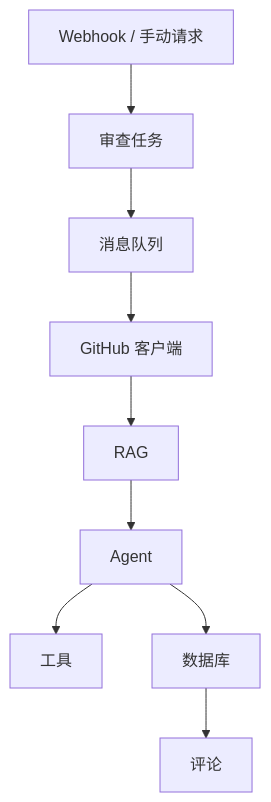
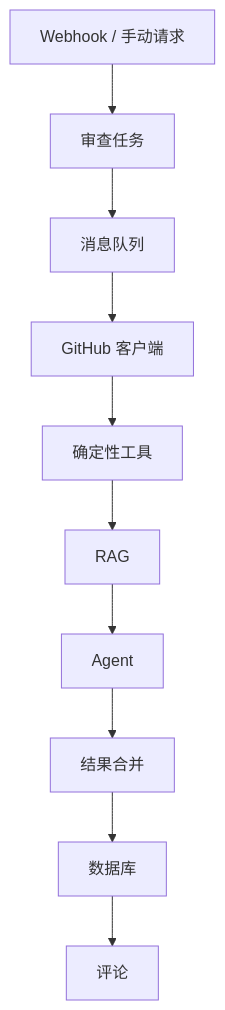
One commit to liche719/codeAireview changed the diagram in docs/architecture.md. Above: the diagram before and after it, drawn with Mermaid. The commit also changed other lines of this file and 2 other files, not shown here.

````diff
--- a/docs/architecture.md
+++ b/docs/architecture.md
@@ -43,11 +43,12 @@
 ```mermaid
 flowchart TD
     A["Webhook / 手动请求"] --> B["审查任务"]
     B --> C["消息队列"]
     C --> D["GitHub 客户端"]
-    D --> E["RAG"]
-    E --> F["Agent"]
-    F --> G["工具"]
-    F --> H["数据库"]
-    H --> I["评论"]
+    D --> E["确定性工具"]
+    E --> F["RAG"]
+    F --> G["Agent"]
+    G --> H["结果合并"]
+    H --> I["数据库"]
+    I --> J["评论"]
 ```
````
